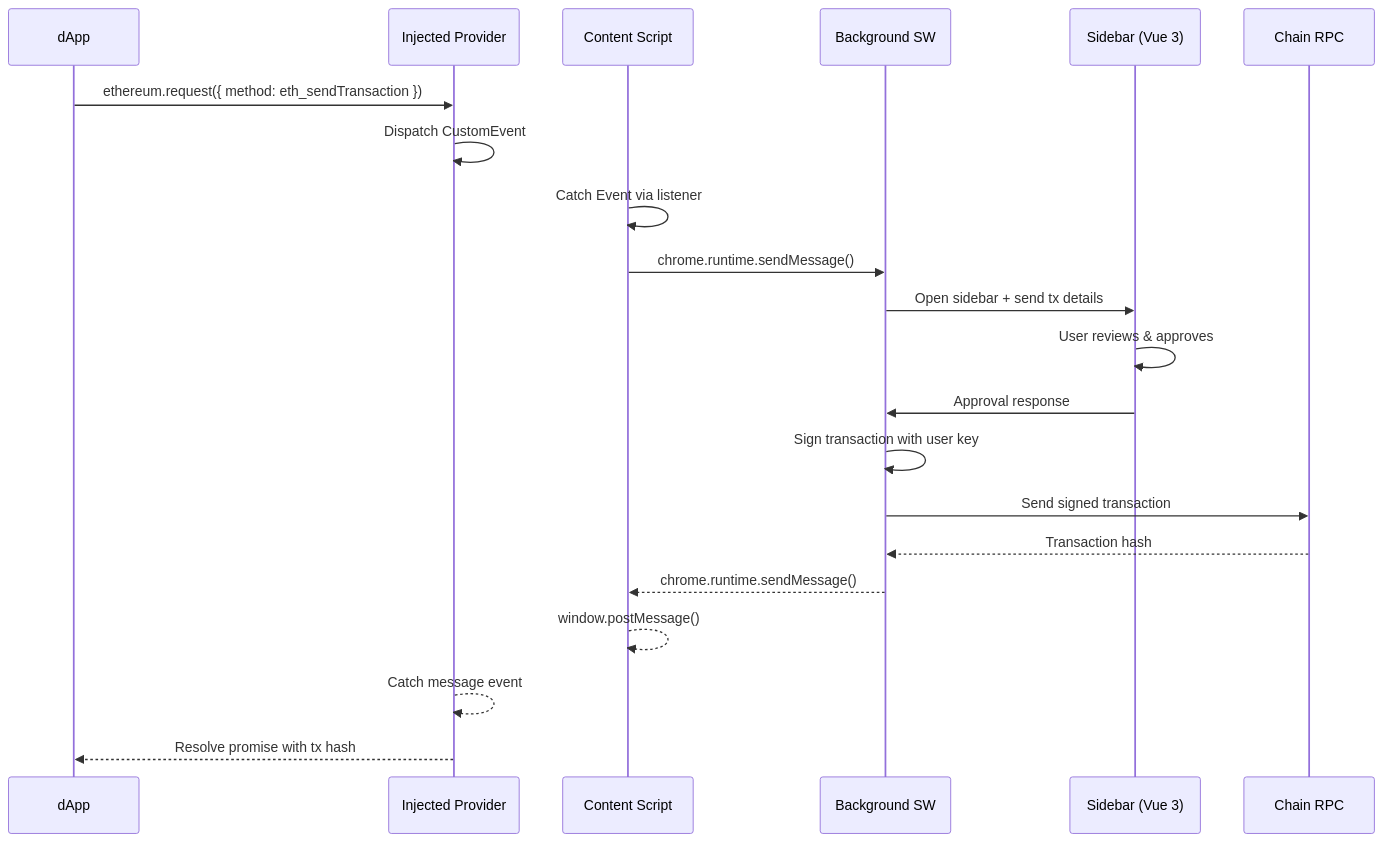
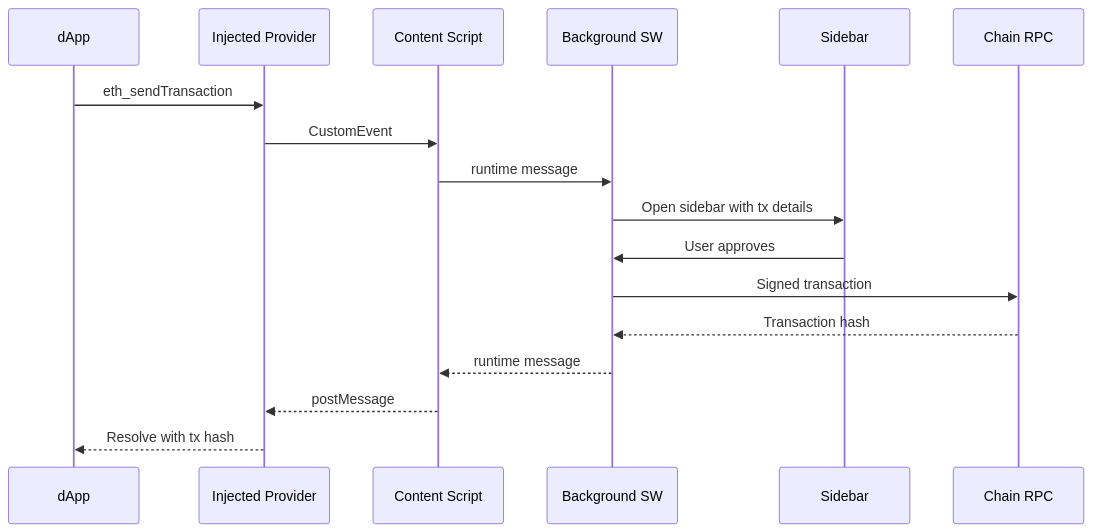
The diagram in src/blog/chrome-extension-wallet.md (shrinathprabhu/portfolio-2k26), drawn with Mermaid before and after one commit. The commit also changed other lines of this file and 29 other files, not shown here.

````diff
--- a/src/blog/chrome-extension-wallet.md
+++ b/src/blog/chrome-extension-wallet.md
@@ -69,24 +100,20 @@
 ```mermaid
 sequenceDiagram
     participant dApp
     participant IP as Injected Provider
     participant CS as Content Script
     participant BG as Background SW
-    participant UI as Sidebar (Vue 3)
+    participant UI as Sidebar
     participant RPC as Chain RPC
 
-    dApp->>IP: ethereum.request({ method: eth_sendTransaction })
-    IP->>IP: Dispatch CustomEvent
-    CS->>CS: Catch Event via listener
-    CS->>BG: chrome.runtime.sendMessage()
-    BG->>UI: Open sidebar + send tx details
-    UI->>UI: User reviews & approves
-    UI->>BG: Approval response
-    BG->>BG: Sign transaction with user key
-    BG->>RPC: Send signed transaction
+    dApp->>IP: eth_sendTransaction
+    IP->>CS: CustomEvent
+    CS->>BG: runtime message
+    BG->>UI: Open sidebar with tx details
+    UI->>BG: User approves
+    BG->>RPC: Signed transaction
     RPC-->>BG: Transaction hash
-    BG-->>CS: chrome.runtime.sendMessage()
-    CS-->>CS: window.postMessage()
-    IP-->>IP: Catch message event
-    IP-->>dApp: Resolve promise with tx hash
+    BG-->>CS: runtime message
+    CS-->>IP: postMessage
+    IP-->>dApp: Resolve with tx hash
 ```
````
